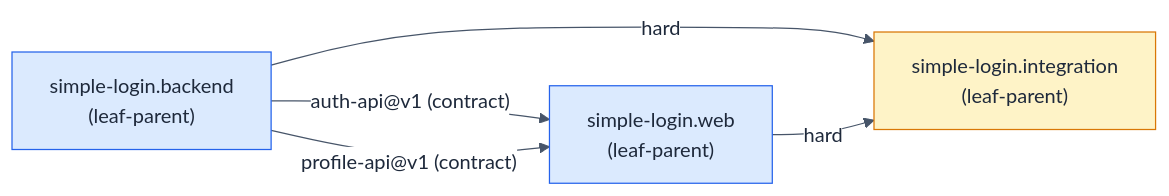
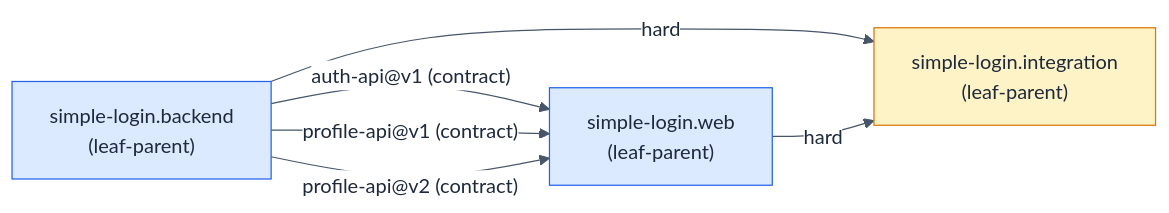
Before and after one commit to mpurbo/hsdd: the diagram in docs/tutorial/simple-login-update/execute/hsdd/spec/simple-login.md, drawn with Mermaid. The commit also changed other lines of this file and 8 other files, not shown here.

Commit message:
docs(hsdd): reconcile update 1, profile-api@v2 stable

````diff
--- a/docs/tutorial/simple-login-update/execute/hsdd/spec/simple-login.md
+++ b/docs/tutorial/simple-login-update/execute/hsdd/spec/simple-login.md
@@ -101,16 +102,17 @@
 ```mermaid
 %%{init:{'theme':'base','themeVariables':{'primaryTextColor':'#1e293b','lineColor':'#475569','edgeLabelBackground':'#ffffff','tertiaryTextColor':'#1e293b'}}}%%
 flowchart LR
     be["simple-login.backend<br/>(leaf-parent)"]
     we["simple-login.web<br/>(leaf-parent)"]
     it["simple-login.integration<br/>(leaf-parent)"]
 
     be -- "auth-api@v1 (contract)" --> we
     be -- "profile-api@v1 (contract)" --> we
+    be -- "profile-api@v2 (contract)" --> we
     be -- "hard" --> it
     we -- "hard" --> it
 
     style be fill:#dbeafe,stroke:#2563eb,color:#1e293b
     style we fill:#dbeafe,stroke:#2563eb,color:#1e293b
     style it fill:#fef3c7,stroke:#d97706,color:#1e293b
 ```
````
